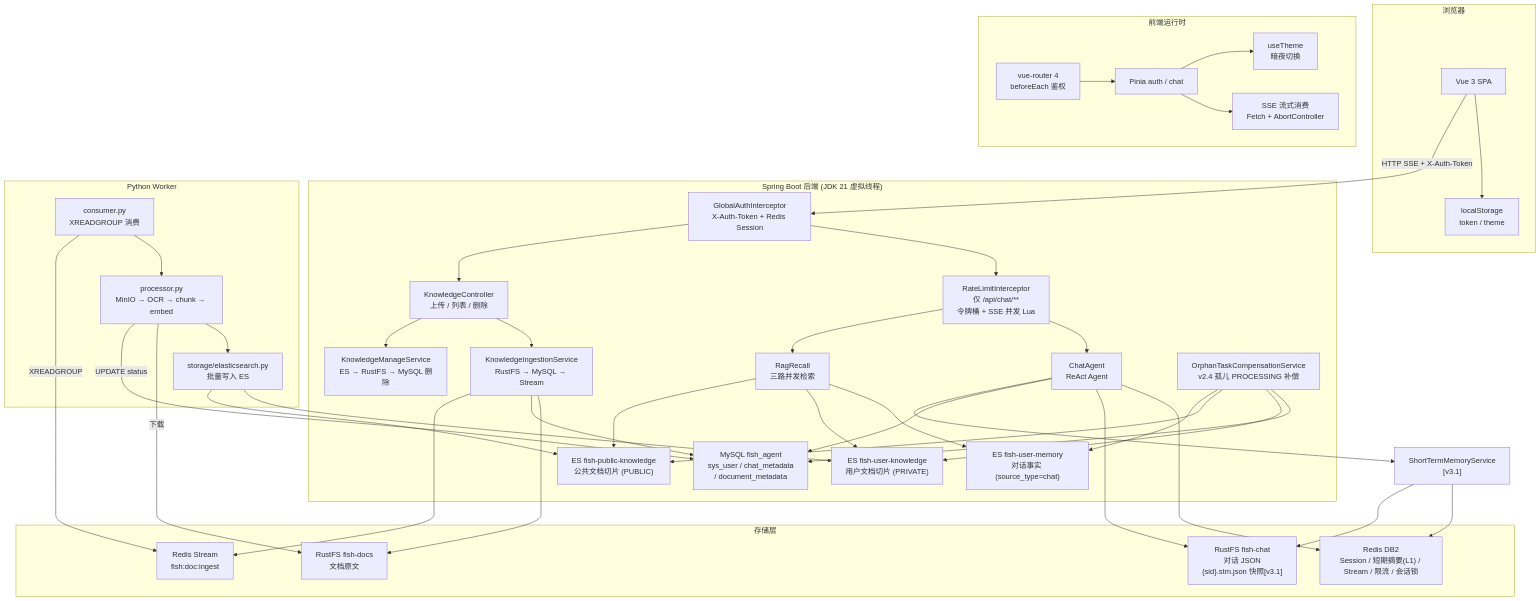
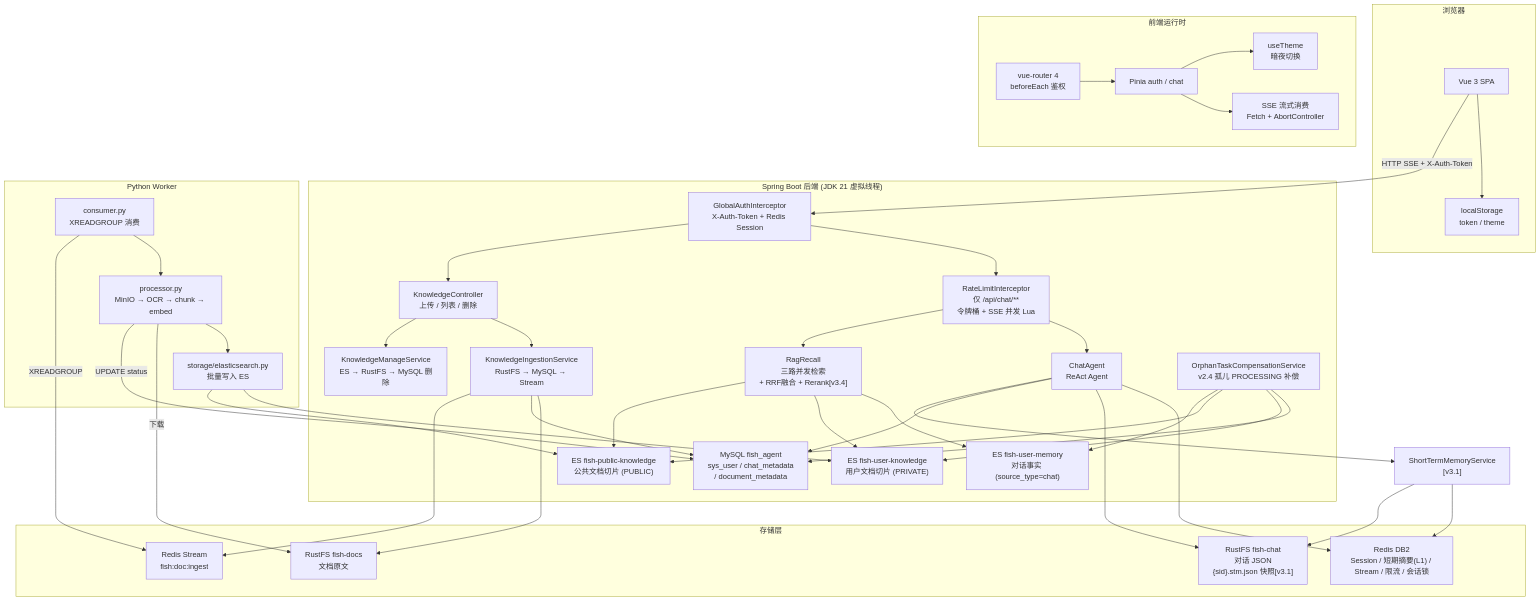
Before and after one commit to Yuyu123fish/Fish-Agent: the first of 3 diagrams in document/v3/v3-全景文档-20260512.md, drawn with Mermaid. The commit also changed other lines of this file and 15 other files, not shown here.

````diff
--- a/document/v3/v3-全景文档-20260512.md
+++ b/document/v3/v3-全景文档-20260512.md
@@ -39,65 +40,65 @@
 ```mermaid
 flowchart TB
     subgraph Browser["浏览器"]
         SPA["Vue 3 SPA"]
         LS["localStorage<br/>token / theme"]
         SPA --> LS
     end
 
     subgraph FE_Runtime["前端运行时"]
         Router["vue-router 4<br/>beforeEach 鉴权"]
         Pinia["Pinia auth / chat"]
         Theme["useTheme<br/>暗夜切换"]
         SSE["SSE 流式消费<br/>Fetch + AbortController"]
         Router --> Pinia
         Pinia --> Theme & SSE
     end
 
     subgraph BE["Spring Boot 后端 (JDK 21 虚拟线程)"]
         AuthInt["GlobalAuthInterceptor<br/>X-Auth-Token + Redis Session"]
         RateLim["RateLimitInterceptor<br/>仅 /api/chat/**<br/>令牌桶 + SSE 并发 Lua"]
         Agent["ChatAgent<br/>ReAct Agent"]
-        RAG["RagRecall<br/>三路并发检索"]
+        RAG["RagRecall<br/>三路并发检索<br/>+ RRF融合 + Rerank[v3.4]"]
         KCtl["KnowledgeController<br/>上传 / 列表 / 删除"]
         KIngest["KnowledgeIngestionService<br/>RustFS → MySQL → Stream"]
         KManage["KnowledgeManageService<br/>ES → RustFS → MySQL 删除"]
         Orphan["OrphanTaskCompensationService<br/>v2.4 孤儿 PROCESSING 补偿"]
         AuthInt --> RateLim --> Agent & RAG
         AuthInt --> KCtl
         KCtl --> KIngest & KManage
         Orphan --> MySQL
         Orphan --> ES_UserK
         Orphan --> ES_Pub
         Orphan --> ES_Mem
     end
 
     subgraph Storage["存储层"]
         Redis["Redis DB2<br/>Session / 短期摘要(L1) / Stream / 限流 / 会话锁"]
         MySQL["MySQL fish_agent<br/>sys_user / chat_metadata<br/>/ document_metadata"]
         RustFS_Chat["RustFS fish-chat<br/>对话 JSON<br/>{sid}.stm.json 快照[v3.1]"]
         RustFS_Docs["RustFS fish-docs<br/>文档原文"]
         ES_Mem["ES fish-user-memory<br/>对话事实 (source_type=chat)"]
         ES_UserK["ES fish-user-knowledge<br/>用户文档切片 (PRIVATE)"]
         ES_Pub["ES fish-public-knowledge<br/>公共文档切片 (PUBLIC)"]
         Stream["Redis Stream<br/>fish:doc:ingest"]
     end
 
     subgraph PythonWorker["Python Worker"]
         Consumer["consumer.py<br/>XREADGROUP 消费"]
         Processor["processor.py<br/>MinIO → OCR → chunk → embed"]
         ESWriter["storage/elasticsearch.py<br/>批量写入 ES"]
         Consumer --> Processor --> ESWriter
     end
 
     SPA -->|"HTTP SSE + X-Auth-Token"| AuthInt
     KIngest --> RustFS_Docs & MySQL & Stream
     Consumer -->|"XREADGROUP"| Stream
     Processor -->|"下载"| RustFS_Docs
     ESWriter --> ES_UserK & ES_Pub
     Processor -->|"UPDATE status"| MySQL
     RAG --> ES_Mem & ES_UserK & ES_Pub
     Agent --> Redis & RustFS_Chat & MySQL
     SVC["ShortTermMemoryService<br/>[v3.1]"]
     SVC --> Redis & RustFS_Chat
     Agent --> SVC
 ```
````
